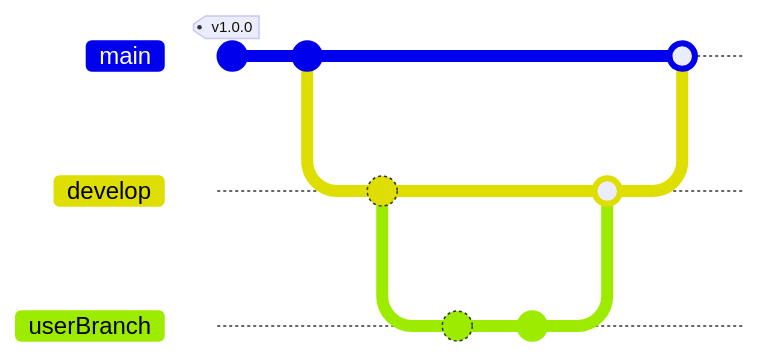
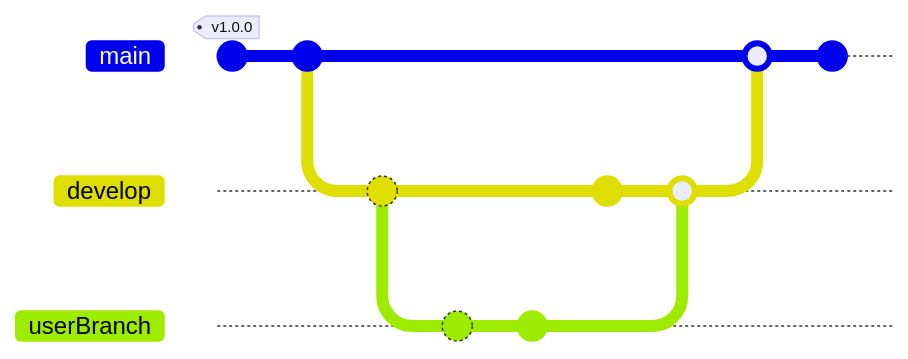
Before and after one commit to TheNefelin/BootcApp: the second of 2 diagrams in README.md, drawn with Mermaid. Commit ids are hidden.

Commit message:
Security in Grade List

````diff
--- a/README.md
+++ b/README.md
@@ -26,16 +26,18 @@
 ```mermaid
 gitGraph
     commit id: "init" tag: "v1.0.0"
     commit
     branch develop
     checkout develop
     commit id: "new develop branch"
     branch userBranch
     checkout userBranch
     commit id: "new user branch"
     commit id: "new modify"
     checkout develop
+    commit id: "other modify"
     merge userBranch
     checkout main
     merge develop
+    commit id: "other merge"    
 ```
````
